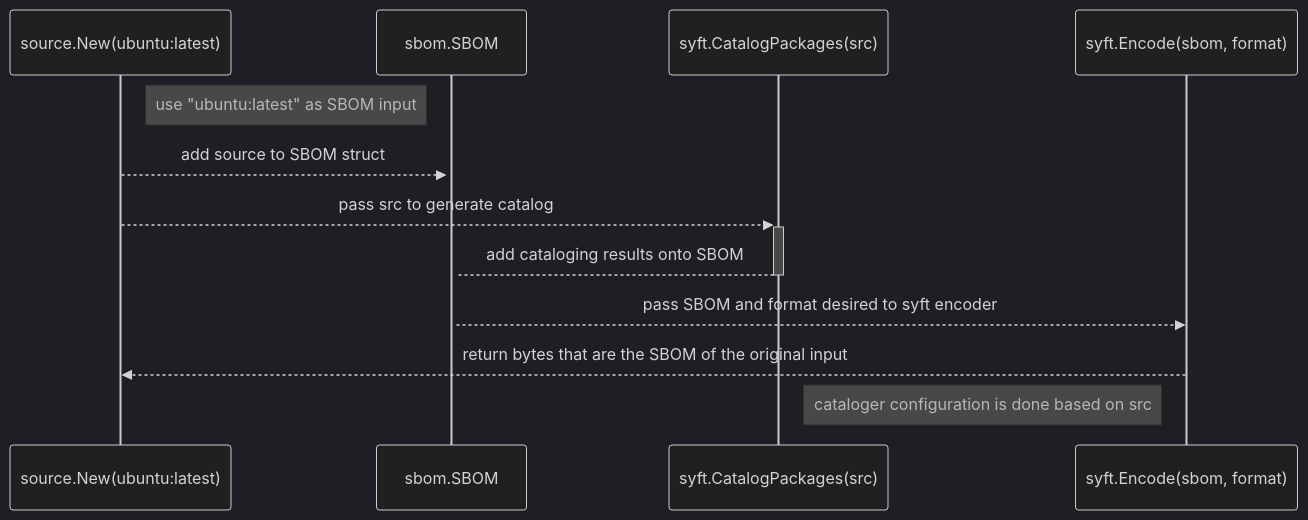
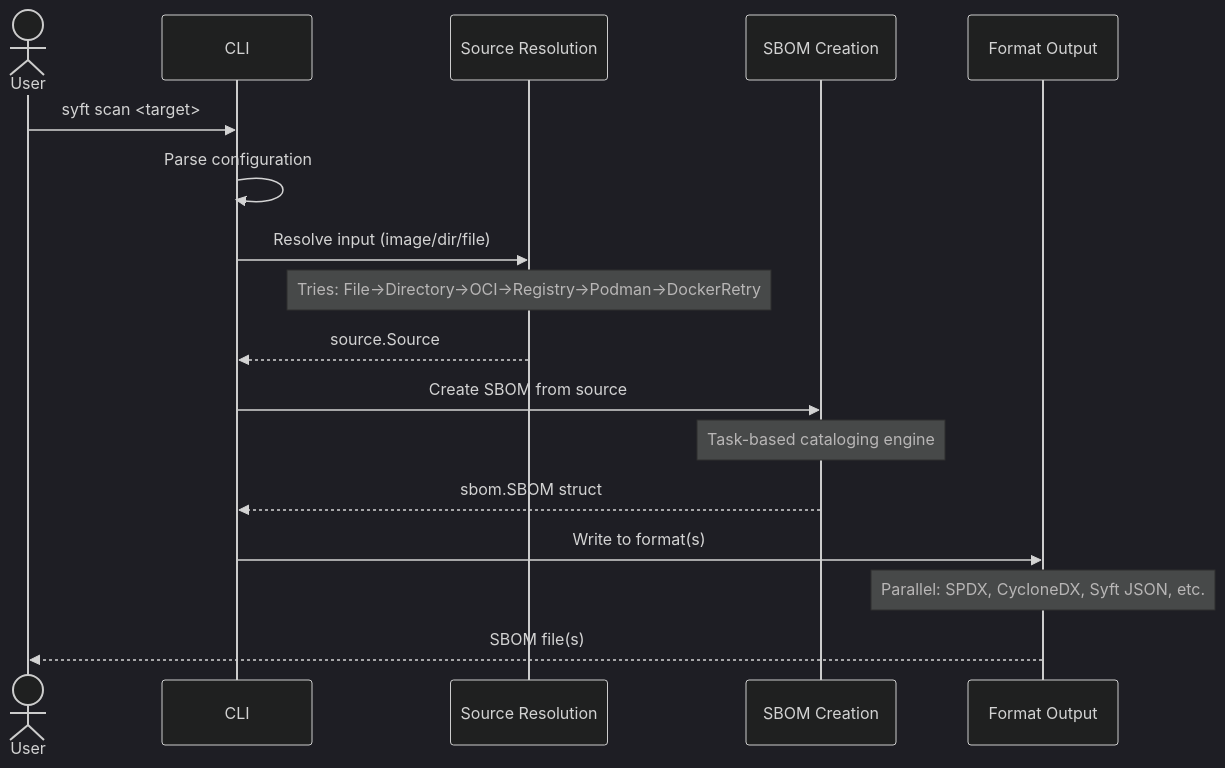
Before and after one commit to anchore-oss-update-bot/oss-docs: the first of 2 diagrams in content/docs/architecture/projects/syft.md, drawn with Mermaid (dark theme). The commit also changed other lines of this file and 2 other files, not shown here.

Commit message:
adjust syft arch + breakout common elements (#33)

````diff
--- a/content/docs/architecture/projects/syft.md
+++ b/content/docs/architecture/projects/syft.md
@@ -72,17 +44,24 @@
 ```mermaid
 sequenceDiagram
-    participant source as source.New(ubuntu:latest)
-    participant sbom as sbom.SBOM
-    participant catalog as syft.CatalogPackages(src)
-    participant encoder as syft.Encode(sbom, format)
+    actor User
+    participant CLI
+    participant Resolve as Source Resolution
+    participant Catalog as SBOM Creation
+    participant Format as Format Output
 
-    Note right of source: use "ubuntu:latest" as SBOM input
+    User->>CLI: syft scan <target>
+    CLI->>CLI: Parse configuration
 
-    source-->>+sbom: add source to SBOM struct
-    source-->>+catalog: pass src to generate catalog
-    catalog-->-sbom: add cataloging results onto SBOM
-    sbom-->>encoder: pass SBOM and format desired to syft encoder
-    encoder-->>source: return bytes that are the SBOM of the original input
+    CLI->>Resolve: Resolve input (image/dir/file)
+    Note over Resolve: Tries: File→Directory→OCI→Registry→Podman→DockerRetry
+    Resolve-->>CLI: source.Source
 
-    Note right of catalog: cataloger configuration is done based on src
+    CLI->>Catalog: Create SBOM from source
+    Note over Catalog: Task-based cataloging engine
+    Catalog-->>CLI: sbom.SBOM struct
+
+    CLI->>Format: Write to format(s)
+    Note over Format: Parallel: SPDX, CycloneDX, Syft JSON, etc.
+    Format-->>User: SBOM file(s)
+
 ```
````
